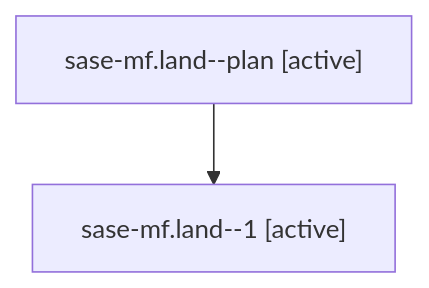
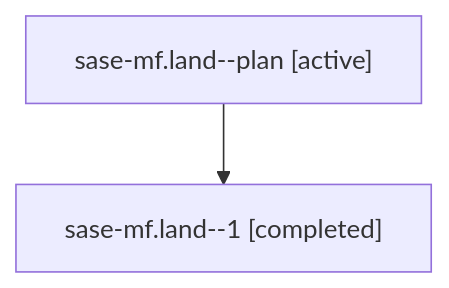
One commit to sase-org/sase--agents changed the diagram in families/bbugyi200.athena.sase-mf.land.md. Above: the diagram before and after it, drawn with Mermaid. The commit also changed other lines of this file and 35830 other files, not shown here.

````diff
--- a/families/bbugyi200.athena.sase-mf.land.md
+++ b/families/bbugyi200.athena.sase-mf.land.md
@@ -9,6 +9,6 @@
 ```mermaid
 flowchart TD
   n0["sase-mf.land--plan [active]"]
-  n1["sase-mf.land--1 [active]"]
+  n1["sase-mf.land--1 [completed]"]
   n0 --> n1
 ```
````
